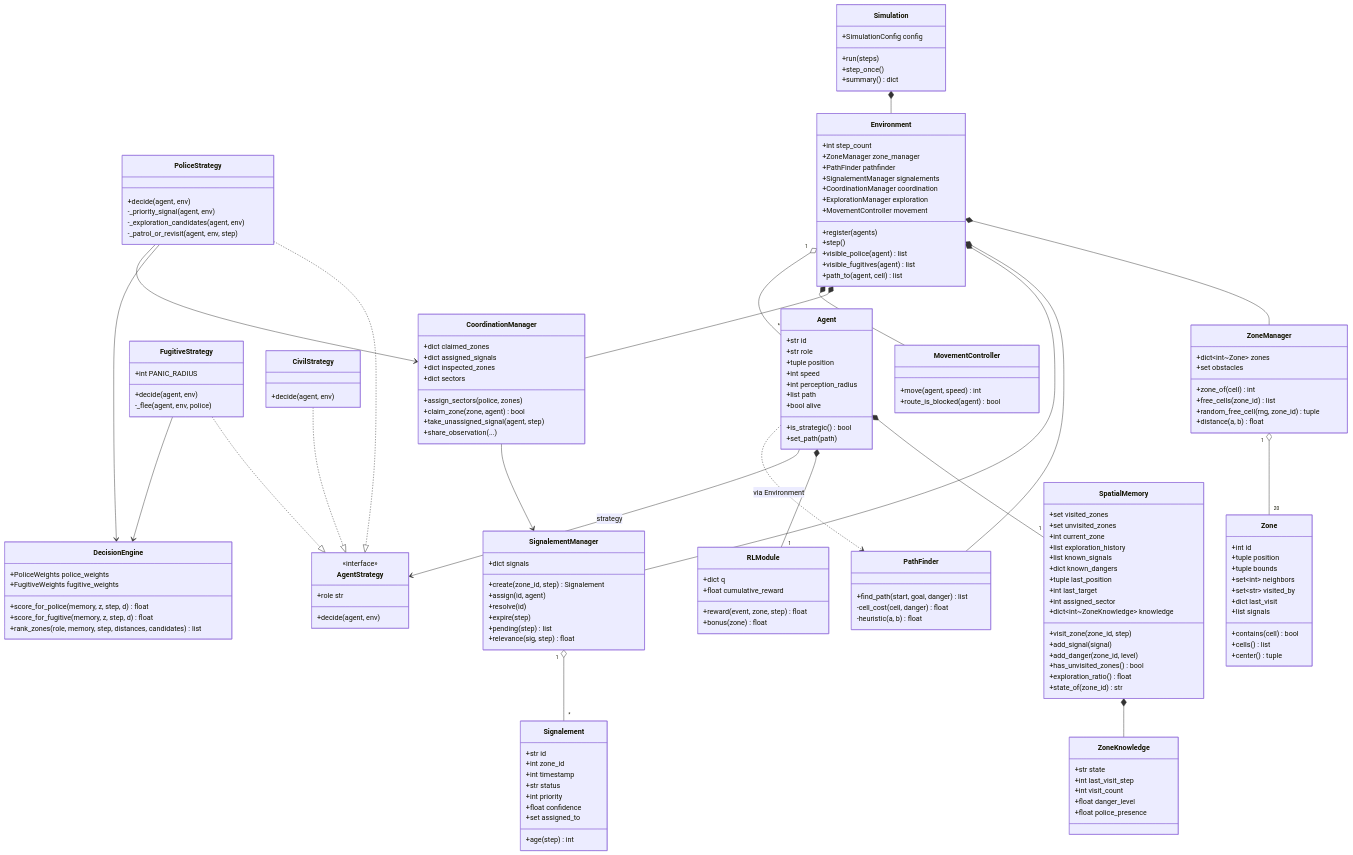
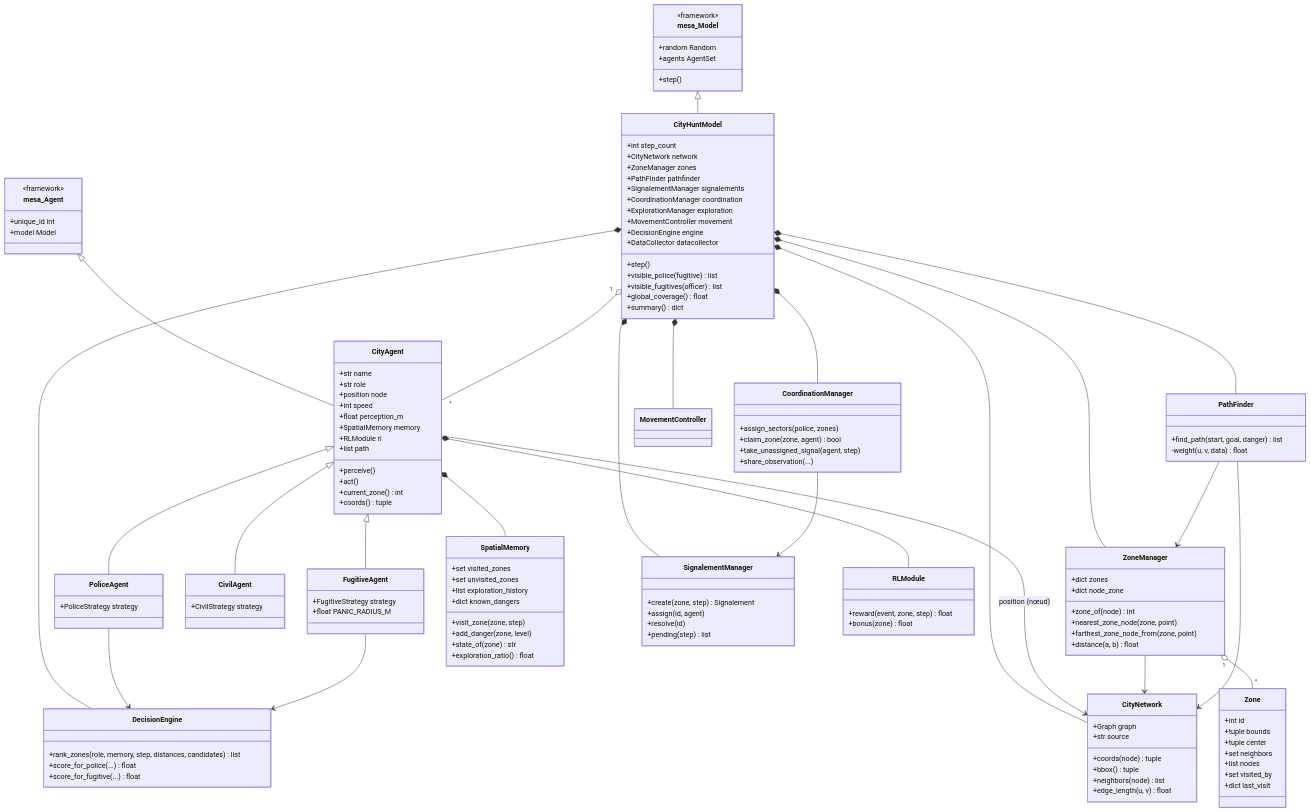
One commit to DNTtlse3/CitySMA changed the second of 9 diagrams in docs/DOCUMENTATION.md. Above: the diagram before and after it, drawn with Mermaid. The commit also changed other lines of this file and 18 other files, not shown here.

````diff
--- a/docs/DOCUMENTATION.md
+++ b/docs/DOCUMENTATION.md
@@ -61,188 +66,154 @@
 ```mermaid
 classDiagram
+    class mesa_Model {
+        <<framework>>
+        +random Random
+        +agents AgentSet
+        +step()
+    }
+
+    class mesa_Agent {
+        <<framework>>
+        +unique_id int
+        +model Model
+    }
+
+    class CityHuntModel {
+        +int step_count
+        +CityNetwork network
+        +ZoneManager zones
+        +PathFinder pathfinder
+        +SignalementManager signalements
+        +CoordinationManager coordination
+        +ExplorationManager exploration
+        +MovementController movement
+        +DecisionEngine engine
+        +DataCollector datacollector
+        +step()
+        +visible_police(fugitive) list
+        +visible_fugitives(officer) list
+        +global_coverage() float
+        +summary() dict
+    }
+
+    class CityAgent {
+        +str name
+        +str role
+        +position node
+        +int speed
+        +float perception_m
+        +SpatialMemory memory
+        +RLModule rl
+        +list path
+        +perceive()
+        +act()
+        +current_zone() int
+        +coords() tuple
+    }
+
+    class PoliceAgent {
+        +PoliceStrategy strategy
+    }
+
+    class FugitiveAgent {
+        +FugitiveStrategy strategy
+        +float PANIC_RADIUS_M
+    }
+
+    class CivilAgent {
+        +CivilStrategy strategy
+    }
+
     class Zone {
         +int id
-        +tuple position
         +tuple bounds
-        +set~int~ neighbors
-        +set~str~ visited_by
+        +tuple center
+        +set neighbors
+        +list nodes
+        +set visited_by
         +dict last_visit
-        +list signals
-        +contains(cell) bool
-        +cells() list
-        +center() tuple
     }
 
     class ZoneManager {
-        +dict~int~Zone~ zones
-        +set obstacles
-        +zone_of(cell) int
-        +free_cells(zone_id) list
-        +random_free_cell(rng, zone_id) tuple
+        +dict zones
+        +dict node_zone
+        +zone_of(node) int
+        +nearest_zone_node(zone, point)
+        +farthest_zone_node_from(zone, point)
         +distance(a, b) float
     }
 
-    class ZoneKnowledge {
-        +str state
-        +int last_visit_step
-        +int visit_count
-        +float danger_level
-        +float police_presence
+    class CityNetwork {
+        +Graph graph
+        +str source
+        +coords(node) tuple
+        +bbox() tuple
+        +neighbors(node) list
+        +edge_length(u, v) float
     }
 
     class SpatialMemory {
         +set visited_zones
         +set unvisited_zones
-        +int current_zone
         +list exploration_history
-        +list known_signals
         +dict known_dangers
-        +tuple last_position
-        +int last_target
-        +int assigned_sector
-        +dict~int~ZoneKnowledge~ knowledge
-        +visit_zone(zone_id, step)
-        +add_signal(signal)
-        +add_danger(zone_id, level)
-        +has_unvisited_zones() bool
+        +visit_zone(zone, step)
+        +add_danger(zone, level)
+        +state_of(zone) str
         +exploration_ratio() float
-        +state_of(zone_id) str
     }
 
-    class Signalement {
-        +str id
-        +int zone_id
-        +int timestamp
-        +str status
-        +int priority
-        +float confidence
-        +set assigned_to
-        +age(step) int
+    class PathFinder {
+        +find_path(start, goal, danger) list
+        -weight(u, v, data) float
     }
 
     class SignalementManager {
-        +dict signals
-        +create(zone_id, step) Signalement
+        +create(zone, step) Signalement
         +assign(id, agent)
         +resolve(id)
-        +expire(step)
         +pending(step) list
-        +relevance(sig, step) float
-    }
-
-    class DecisionEngine {
-        +PoliceWeights police_weights
-        +FugitiveWeights fugitive_weights
-        +score_for_police(memory, z, step, d) float
-        +score_for_fugitive(memory, z, step, d) float
-        +rank_zones(role, memory, step, distances, candidates) list
-    }
-
-    class AgentStrategy {
-        <<interface>>
-        +role str
-        +decide(agent, env)
-    }
-
-    class PoliceStrategy {
-        +decide(agent, env)
-        -_priority_signal(agent, env)
-        -_exploration_candidates(agent, env)
-        -_patrol_or_revisit(agent, env, step)
-    }
-
-    class FugitiveStrategy {
-        +int PANIC_RADIUS
-        +decide(agent, env)
-        -_flee(agent, env, police)
-    }
-
-    class CivilStrategy {
-        +decide(agent, env)
     }
 
     class CoordinationManager {
-        +dict claimed_zones
-        +dict assigned_signals
-        +dict inspected_zones
-        +dict sectors
         +assign_sectors(police, zones)
         +claim_zone(zone, agent) bool
         +take_unassigned_signal(agent, step)
         +share_observation(...)
     }
 
-    class PathFinder {
-        +find_path(start, goal, danger) list
-        -cell_cost(cell, danger) float
-        -heuristic(a, b) float
-    }
-
-    class MovementController {
-        +move(agent, speed) int
-        +route_is_blocked(agent) bool
+    class DecisionEngine {
+        +rank_zones(role, memory, step, distances, candidates) list
+        +score_for_police(...) float
+        +score_for_fugitive(...) float
     }
 
     class RLModule {
-        +dict q
-        +float cumulative_reward
         +reward(event, zone, step) float
         +bonus(zone) float
     }
 
-    class Agent {
-        +str id
-        +str role
-        +tuple position
-        +int speed
-        +int perception_radius
-        +list path
-        +bool alive
-        +is_strategic() bool
-        +set_path(path)
-    }
-
-    class Environment {
-        +int step_count
-        +ZoneManager zone_manager
-        +PathFinder pathfinder
-        +SignalementManager signalements
-        +CoordinationManager coordination
-        +ExplorationManager exploration
-        +MovementController movement
-        +register(agents)
-        +step()
-        +visible_police(agent) list
-        +visible_fugitives(agent) list
-        +path_to(agent, cell) list
-    }
-
-    class Simulation {
-        +SimulationConfig config
-        +run(steps)
-        +step_once()
-        +summary() dict
-    }
-
-    ZoneManager "1" o-- "20" Zone
-    SpatialMemory *-- ZoneKnowledge
-    SignalementManager "1" o-- "*" Signalement
-    Agent *-- "1" SpatialMemory
-    Agent *-- "1" RLModule
-    Agent --> AgentStrategy : strategy
-    PoliceStrategy ..|> AgentStrategy
-    FugitiveStrategy ..|> AgentStrategy
-    CivilStrategy ..|> AgentStrategy
-    PoliceStrategy --> DecisionEngine
-    FugitiveStrategy --> DecisionEngine
-    PoliceStrategy --> CoordinationManager
+    mesa_Model <|-- CityHuntModel
+    mesa_Agent <|-- CityAgent
+    CityAgent <|-- PoliceAgent
+    CityAgent <|-- FugitiveAgent
+    CityAgent <|-- CivilAgent
+    CityHuntModel "1" o-- "*" CityAgent
+    CityHuntModel *-- CityNetwork
+    CityHuntModel *-- ZoneManager
+    CityHuntModel *-- PathFinder
+    CityHuntModel *-- SignalementManager
+    CityHuntModel *-- CoordinationManager
+    CityHuntModel *-- MovementController
+    CityHuntModel *-- DecisionEngine
+    CityAgent *-- SpatialMemory
+    CityAgent *-- RLModule
+    CityAgent --> CityNetwork : position (nœud)
+    ZoneManager "1" o-- "*" Zone
+    ZoneManager --> CityNetwork
+    PathFinder --> CityNetwork
+    PathFinder --> ZoneManager
     CoordinationManager --> SignalementManager
-    Environment *-- ZoneManager
-    Environment *-- PathFinder
-    Environment *-- SignalementManager
-    Environment *-- CoordinationManager
-    Environment *-- MovementController
-    Environment "1" o-- "*" Agent
-    Simulation *-- Environment
-    Agent ..> PathFinder : via Environment
+    PoliceAgent --> DecisionEngine
+    FugitiveAgent --> DecisionEngine
 ```
````
